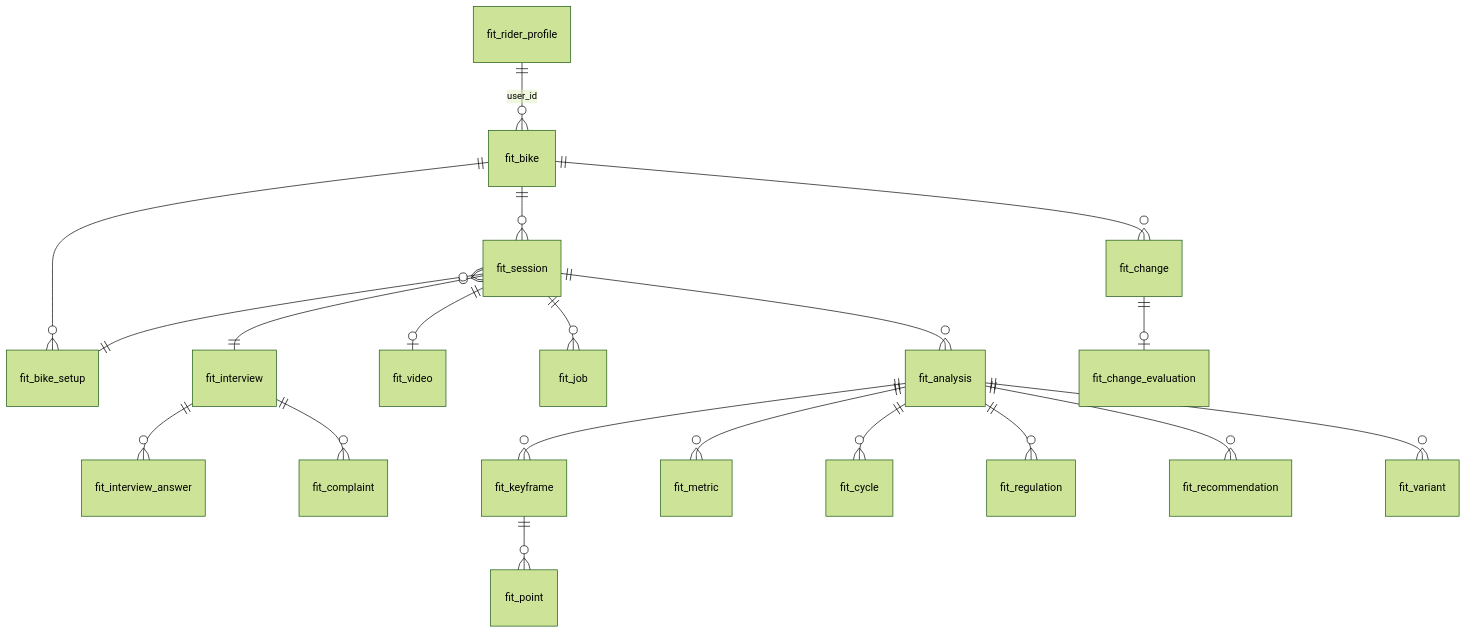
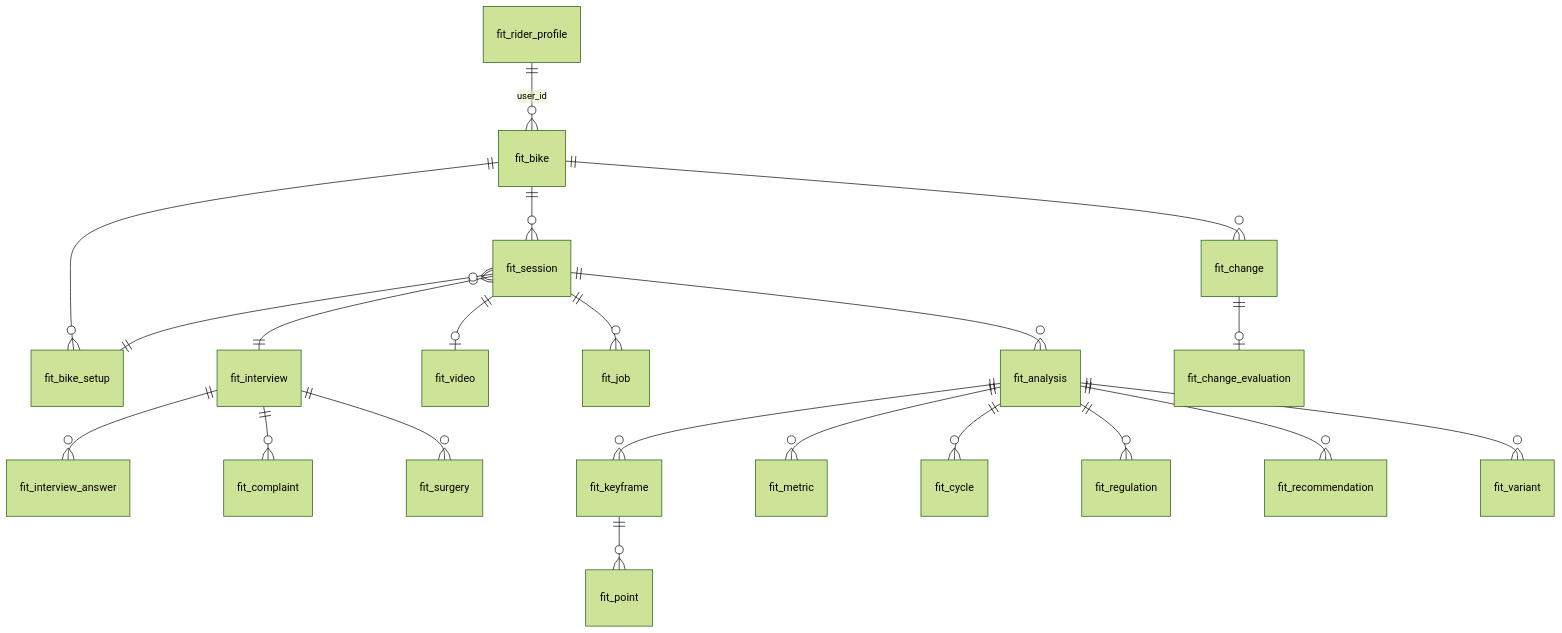
One commit to skrobi/ridemorebikev2 changed the diagram in docs/12-baza-danych.md. Above: the diagram before and after it, drawn with Mermaid (forest theme). The commit also changed other lines of this file and 23 other files, not shown here.

````diff
--- a/docs/12-baza-danych.md
+++ b/docs/12-baza-danych.md
@@ -18,22 +18,23 @@
 ```mermaid
 erDiagram
   fit_rider_profile ||--o{ fit_bike : "user_id"
   fit_bike ||--o{ fit_bike_setup : ""
   fit_bike ||--o{ fit_change : ""
   fit_bike ||--o{ fit_session : ""
   fit_interview ||--o{ fit_interview_answer : ""
   fit_interview ||--o{ fit_complaint : ""
+  fit_interview ||--o{ fit_surgery : ""
   fit_session }o--|| fit_interview : ""
   fit_session }o--|| fit_bike_setup : ""
   fit_session ||--o| fit_video : ""
   fit_session ||--o{ fit_job : ""
   fit_session ||--o{ fit_analysis : ""
   fit_analysis ||--o{ fit_keyframe : ""
   fit_keyframe ||--o{ fit_point : ""
   fit_analysis ||--o{ fit_metric : ""
   fit_analysis ||--o{ fit_cycle : ""
   fit_analysis ||--o{ fit_regulation : ""
   fit_analysis ||--o{ fit_recommendation : ""
   fit_analysis ||--o{ fit_variant : ""
   fit_change ||--o| fit_change_evaluation : ""
 ```
````
